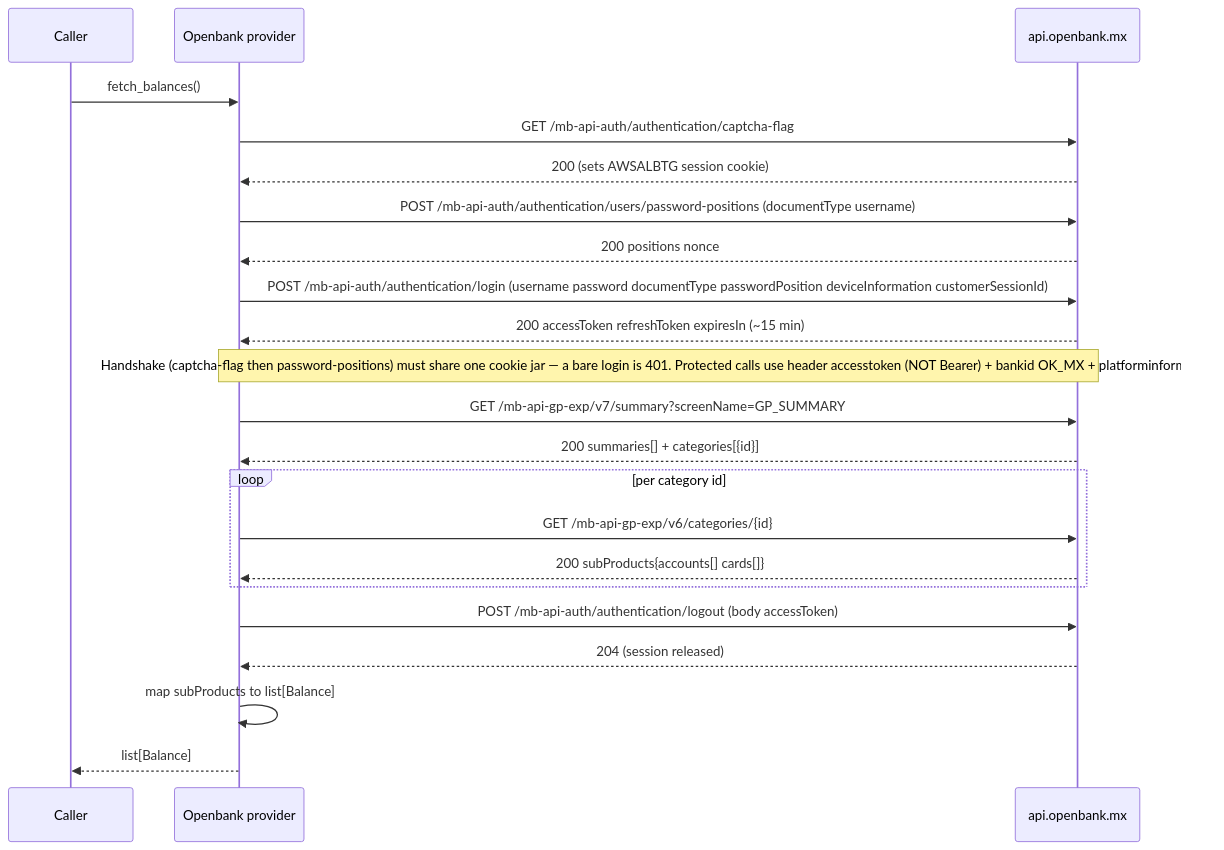
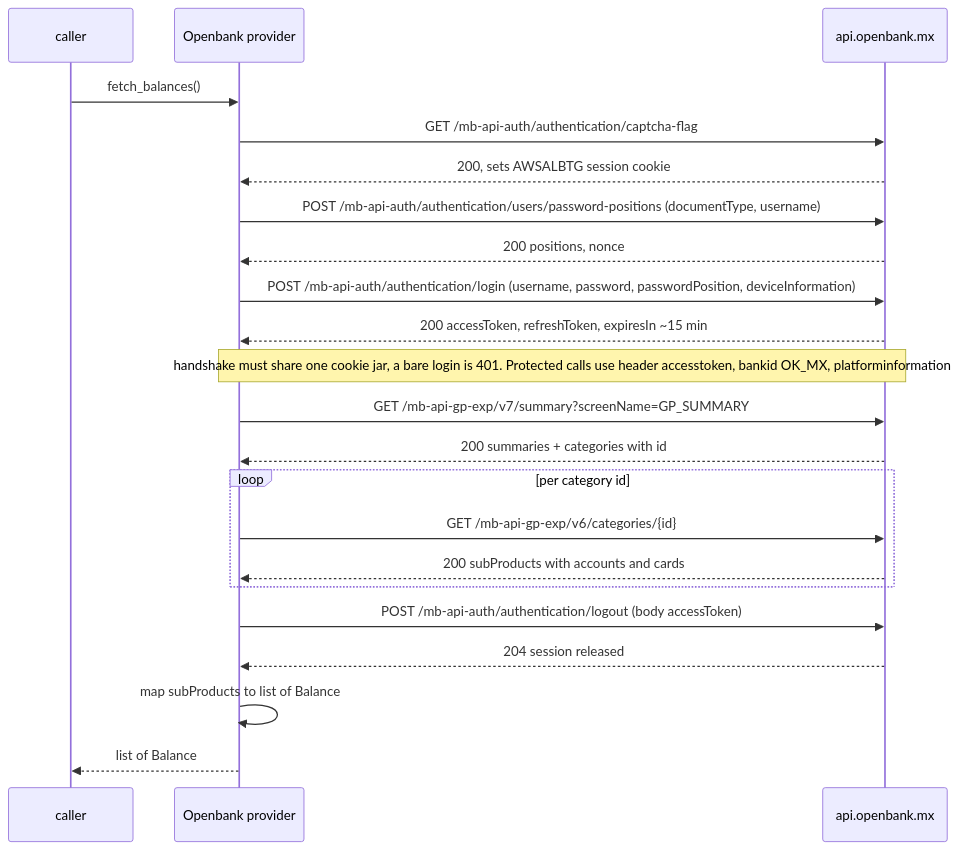
One commit to PaoloReyes/finscraper-mx changed the diagram in docs/flows/openbank.md. Above: the diagram before and after it, drawn with Mermaid. The commit also changed other lines of this file and 8 other files, not shown here.

Commit message:
docs/flows: one structure across providers; fix Klar mermaid

````diff
--- a/docs/flows/openbank.md
+++ b/docs/flows/openbank.md
@@ -38,25 +27,25 @@
 ```mermaid
 sequenceDiagram
-    participant C as Caller
-    participant P as Openbank provider
-    participant A as api.openbank.mx
+  participant C as caller
+  participant P as Openbank provider
+  participant A as api.openbank.mx
 
-    C->>P: fetch_balances()
-    P->>A: GET /mb-api-auth/authentication/captcha-flag
-    A-->>P: 200 (sets AWSALBTG session cookie)
-    P->>A: POST /mb-api-auth/authentication/users/password-positions  (documentType username)
-    A-->>P: 200 positions nonce
-    P->>A: POST /mb-api-auth/authentication/login  (username password documentType passwordPosition deviceInformation customerSessionId)
-    A-->>P: 200 accessToken refreshToken expiresIn (~15 min)
-    Note over P,A: Handshake (captcha-flag then password-positions) must share one cookie jar — a bare login is 401. Protected calls use header accesstoken (NOT Bearer) + bankid OK_MX + platforminformation
-    P->>A: GET /mb-api-gp-exp/v7/summary?screenName=GP_SUMMARY
-    A-->>P: 200 summaries[] + categories[{id}]
-    loop per category id
-        P->>A: GET /mb-api-gp-exp/v6/categories/{id}
-        A-->>P: 200 subProducts{accounts[] cards[]}
-    end
-    P->>A: POST /mb-api-auth/authentication/logout  (body accessToken)
-    A-->>P: 204 (session released)
-    P->>P: map subProducts to list[Balance]
-    P-->>C: list[Balance]
+  C->>P: fetch_balances()
+  P->>A: GET /mb-api-auth/authentication/captcha-flag
+  A-->>P: 200, sets AWSALBTG session cookie
+  P->>A: POST /mb-api-auth/authentication/users/password-positions (documentType, username)
+  A-->>P: 200 positions, nonce
+  P->>A: POST /mb-api-auth/authentication/login (username, password, passwordPosition, deviceInformation)
+  A-->>P: 200 accessToken, refreshToken, expiresIn ~15 min
+  Note over P,A: handshake must share one cookie jar, a bare login is 401. Protected calls use header accesstoken, bankid OK_MX, platforminformation
+  P->>A: GET /mb-api-gp-exp/v7/summary?screenName=GP_SUMMARY
+  A-->>P: 200 summaries + categories with id
+  loop per category id
+    P->>A: GET /mb-api-gp-exp/v6/categories/{id}
+    A-->>P: 200 subProducts with accounts and cards
+  end
+  P->>A: POST /mb-api-auth/authentication/logout (body accessToken)
+  A-->>P: 204 session released
+  P->>P: map subProducts to list of Balance
+  P-->>C: list of Balance
 ```
````
